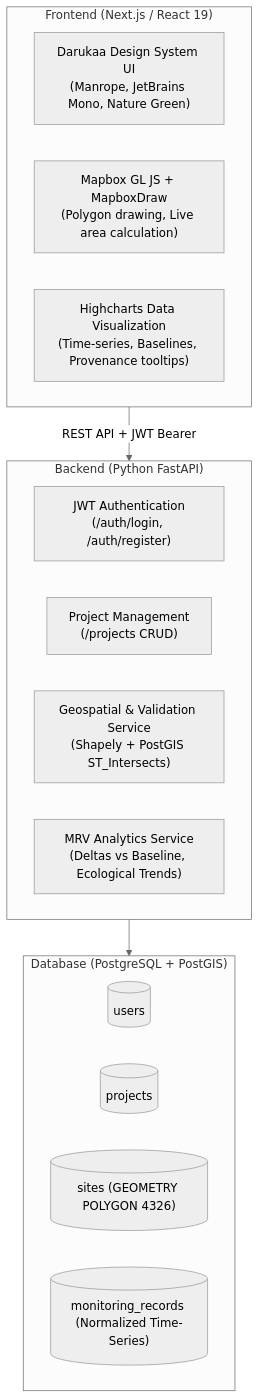
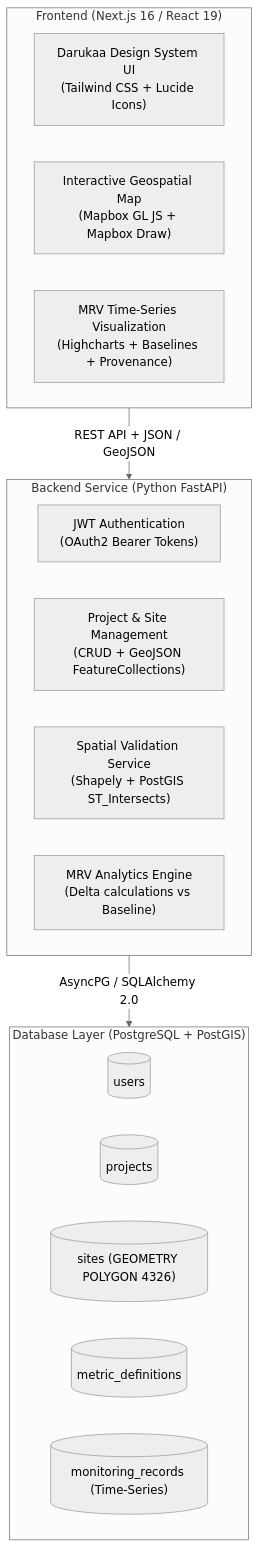
The first of 2 diagrams in README.md (TechWithAkash/TerraLedger), drawn with Mermaid (neutral theme) before and after one commit. The commit also changed other lines of this file, not shown here.

Commit message:
docs: add executive README with live URLs, architecture and quick start

````diff
--- a/README.md
+++ b/README.md
@@ -12,25 +60,26 @@
 ```mermaid
 flowchart TB
-    subgraph CLIENT["Frontend (Next.js / React 19)"]
-        UI["Darukaa Design System UI<br/>(Manrope, JetBrains Mono, Nature Green)"]
-        MAP["Mapbox GL JS + MapboxDraw<br/>(Polygon drawing, Live area calculation)"]
-        CHART["Highcharts Data Visualization<br/>(Time-series, Baselines, Provenance tooltips)"]
+    subgraph CLIENT["Frontend (Next.js 16 / React 19)"]
+        UI["Darukaa Design System UI<br/>(Tailwind CSS + Lucide Icons)"]
+        MAP["Interactive Geospatial Map<br/>(Mapbox GL JS + Mapbox Draw)"]
+        CHART["MRV Time-Series Visualization<br/>(Highcharts + Baselines + Provenance)"]
     end
 
-    subgraph API["Backend (Python FastAPI)"]
-        AUTH["JWT Authentication<br/>(/auth/login, /auth/register)"]
-        PROJ["Project Management<br/>(/projects CRUD)"]
-        GEOM["Geospatial & Validation Service<br/>(Shapely + PostGIS ST_Intersects)"]
-        ANLY["MRV Analytics Service<br/>(Deltas vs Baseline, Ecological Trends)"]
+    subgraph API["Backend Service (Python FastAPI)"]
+        AUTH["JWT Authentication<br/>(OAuth2 Bearer Tokens)"]
+        PROJ["Project & Site Management<br/>(CRUD + GeoJSON FeatureCollections)"]
+        GEOM["Spatial Validation Service<br/>(Shapely + PostGIS ST_Intersects)"]
+        ANLY["MRV Analytics Engine<br/>(Delta calculations vs Baseline)"]
     end
 
-    subgraph DB["Database (PostgreSQL + PostGIS)"]
-        D1[("users")]
-        D2[("projects")]
-        D3[("sites (GEOMETRY POLYGON 4326)")]
-        D4[("monitoring_records (Normalized Time-Series)")]
+    subgraph DB["Database Layer (PostgreSQL + PostGIS)"]
+        T_USERS[("users")]
+        T_PROJ[("projects")]
+        T_SITES[("sites (GEOMETRY POLYGON 4326)")]
+        T_METRICS[("metric_definitions")]
+        T_RECORDS[("monitoring_records (Time-Series)")]
     end
 
-    CLIENT -->|REST API + JWT Bearer| API
-    API --> DB
+    CLIENT -->|REST API + JSON / GeoJSON| API
+    API -->|AsyncPG / SQLAlchemy 2.0| DB
 ```
````
